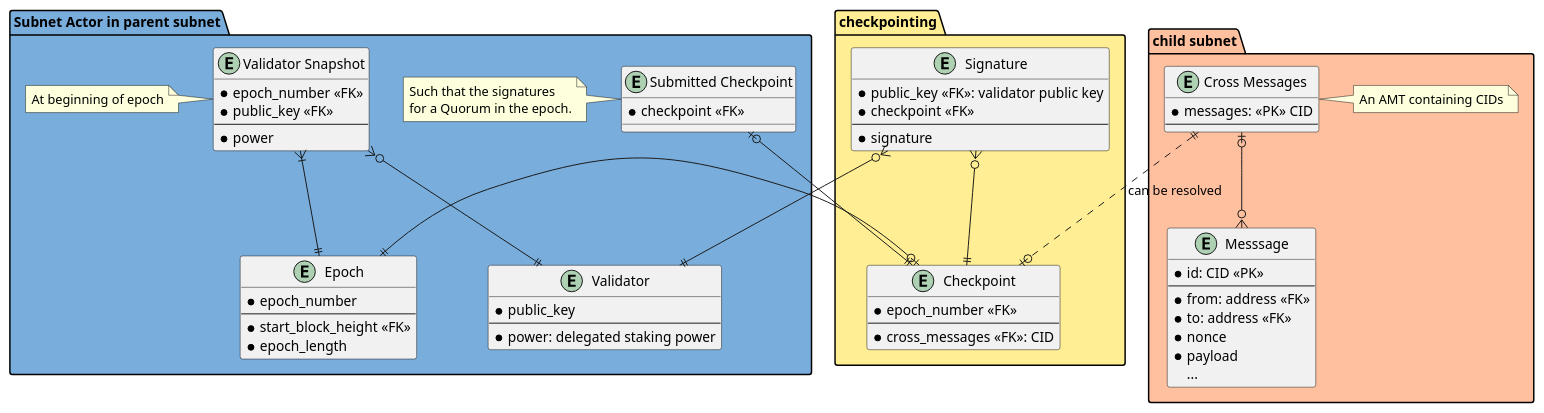
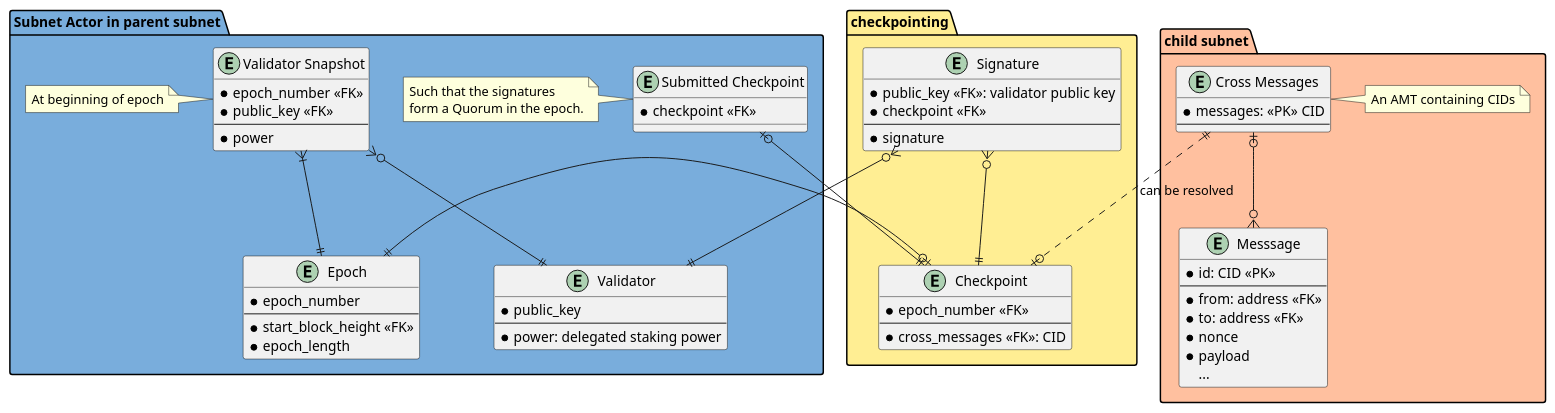
Before and after one commit to consensus-shipyard/ipc-libs: the diagram in docs/diagrams/checkpoint_schema.puml, drawn with PlantUML. The commit also changed 6 other files, not shown here.

```diff
--- a/docs/diagrams/checkpoint_schema.puml
+++ b/docs/diagrams/checkpoint_schema.puml
@@ -2,84 +2,84 @@
 @startuml Checkpointing Schema
 
 package "Subnet Actor in parent subnet" #79ADDC {
   entity "Validator" as validator {
     * public_key
     --
     * power: delegated staking power
   }
 
   entity "Epoch" as epoch {
     * epoch_number
     --
     * start_block_height <<FK>>
     * epoch_length
   }
 
   entity "Validator Snapshot" as validator_snapshot {
     * epoch_number <<FK>>
     * public_key <<FK>>
     --
     * power
   }
   note left
     At beginning of epoch
   end note
 
   entity "Submitted Checkpoint" as submit_ckpt {
     * checkpoint <<FK>>
   }
   note left
     Such that the signatures
-    for a Quorum in the epoch.
+    form a Quorum in the epoch.
   end note
 }
 
 package "checkpointing" #FFEE93 {
   entity "Checkpoint" as ckpt {
     * epoch_number <<FK>>
     --
     * cross_messages <<FK>>: CID
   }
 
   entity "Signature" as sig {
     * public_key <<FK>>: validator public key
     * checkpoint <<FK>>
     --
     * signature
   }
 }
 
 
 package "child subnet" #FFC09F {
   entity "Cross Messages" as cross_msgs {
     * messages: <<PK>> CID
     --
   }
   note right
     An AMT containing CIDs
   end note
 
   entity "Messsage" as msg {
     * id: CID <<PK>>
     --
     * from: address <<FK>>
     * to: address <<FK>>
     * nonce
     * payload
     ...
   }
 }
 
 validator_snapshot }|--|| epoch
 validator_snapshot }o--|| validator
 
 ckpt |o--|| epoch
 submit_ckpt |o--|| ckpt
 
 sig }o--|| validator
 sig }o--|| ckpt
 
 cross_msgs |o--o{ msg
 cross_msgs ||..o| ckpt : can be resolved
 
 @enduml
```
